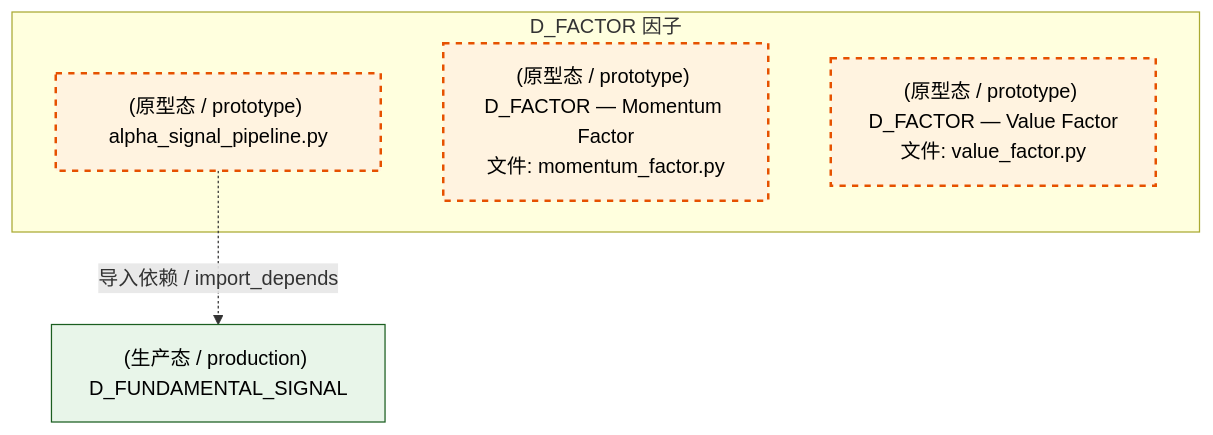
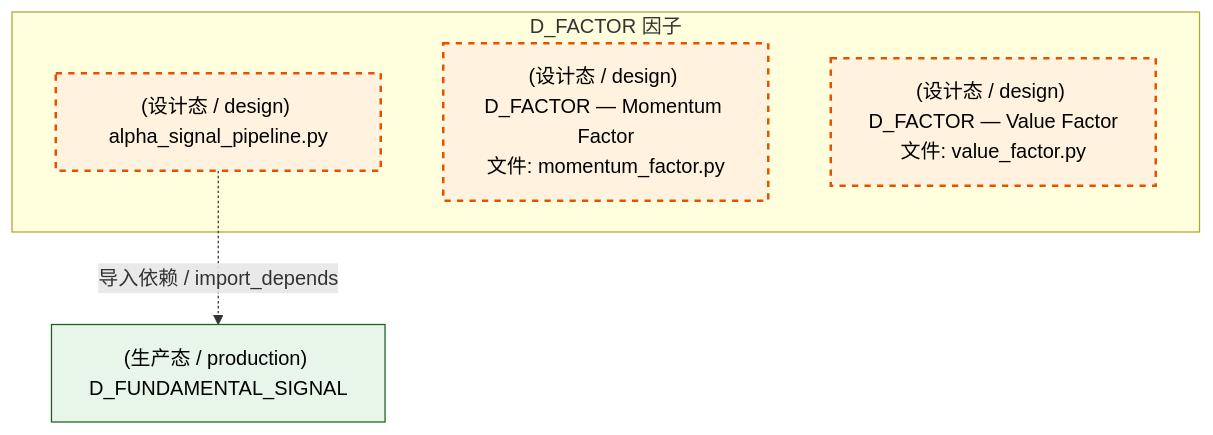
Before and after one commit to xuanFelixVan/ZephyrAlpha: the third of 4 diagrams in docs/02_enterprise_architecture/02_domain_architecture_docs/36_d_factor.md, drawn with Mermaid. The commit also changed other lines of this file and 177 other files, not shown here.

````diff
--- a/docs/02_enterprise_architecture/02_domain_architecture_docs/36_d_factor.md
+++ b/docs/02_enterprise_architecture/02_domain_architecture_docs/36_d_factor.md
@@ -131,16 +130,16 @@
 ```mermaid
 graph TD
     subgraph D_FACTOR["D_FACTOR 因子"]
-        src_zephyr_factor_alpha_signal_pipeline_py["(原型态 / prototype) alpha_signal_pipeline.py"]
-        src_zephyr_factor_momentum_factor_py["(原型态 / prototype) D_FACTOR — Momentum Factor<br/>文件: momentum_factor.py"]
-        src_zephyr_factor_value_factor_py["(原型态 / prototype) D_FACTOR — Value Factor<br/>文件: value_factor.py"]
+        src_zephyr_factor_alpha_signal_pipeline_py["(设计态 / design) alpha_signal_pipeline.py"]
+        src_zephyr_factor_momentum_factor_py["(设计态 / design) D_FACTOR — Momentum Factor<br/>文件: momentum_factor.py"]
+        src_zephyr_factor_value_factor_py["(设计态 / design) D_FACTOR — Value Factor<br/>文件: value_factor.py"]
     end
     D_FUNDAMENTAL_SIGNAL["(生产态 / production) D_FUNDAMENTAL_SIGNAL"]
     src_zephyr_factor_alpha_signal_pipeline_py -.->|导入依赖 / import_depends| D_FUNDAMENTAL_SIGNAL
     classDef production fill:#e1f5fe,stroke:#01579b,stroke-width:2px,color:#000
     classDef design fill:#fff3e0,stroke:#e65100,stroke-width:2px,color:#000,stroke-dasharray: 5 5
     classDef external_prod fill:#e8f5e9,stroke:#1b5e20,stroke-width:1px,color:#000
     classDef external_design fill:#fce4ec,stroke:#880e4f,stroke-width:1px,color:#000,stroke-dasharray: 5 5
     class src_zephyr_factor_alpha_signal_pipeline_py,src_zephyr_factor_momentum_factor_py,src_zephyr_factor_value_factor_py design
     class D_FUNDAMENTAL_SIGNAL external_prod
 ```
````
